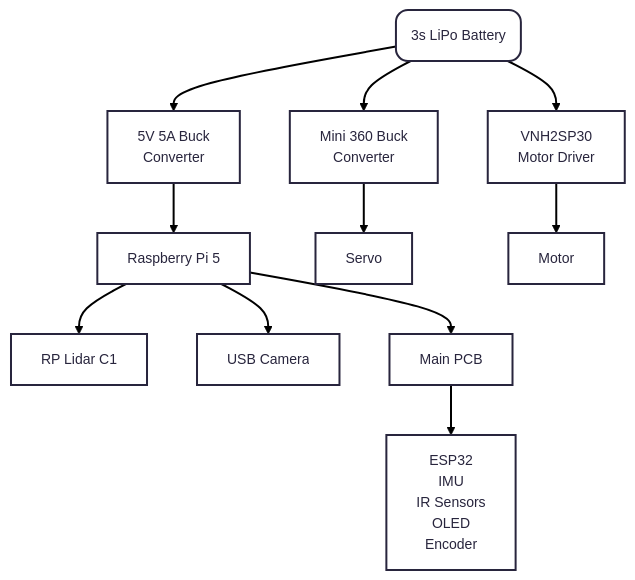
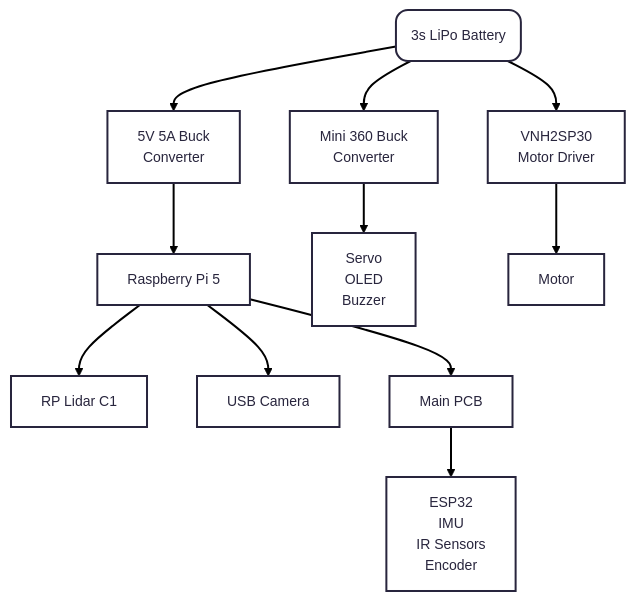
Before and after one commit to A-N-M-Noor/LazyGo_WRO2025: the fourth of 4 diagrams in README.md, drawn with Mermaid. The commit also changed other lines of this file and 4 other files, not shown here.

````diff
--- a/README.md
+++ b/README.md
@@ -412,14 +458,14 @@
 ```mermaid
 ---
 config:
   theme: redux
 ---
 flowchart TD
     n1["3s LiPo Battery"] --> n3["5V 5A Buck<br>Converter"] & n4["Mini 360 Buck<br>Converter"] & n5["VNH2SP30<br>Motor Driver"]
     n3 --> n6["Raspberry Pi 5"]
     n6 --> n7["RP Lidar C1"] & n8["USB Camera"] & n9["Main PCB"]
-    n9 --> n10["ESP32<br>IMU<br>IR Sensors<br>OLED<br>Encoder"]
-    n4 --> n11["Servo"]
+    n9 --> n10["ESP32<br>IMU<br>IR Sensors<br>Encoder"]
+    n4 --> n11["Servo<br>OLED<br>Buzzer"]
     n5 --> n12["Motor"]
     n1@{ shape: rounded}
 ```
````
